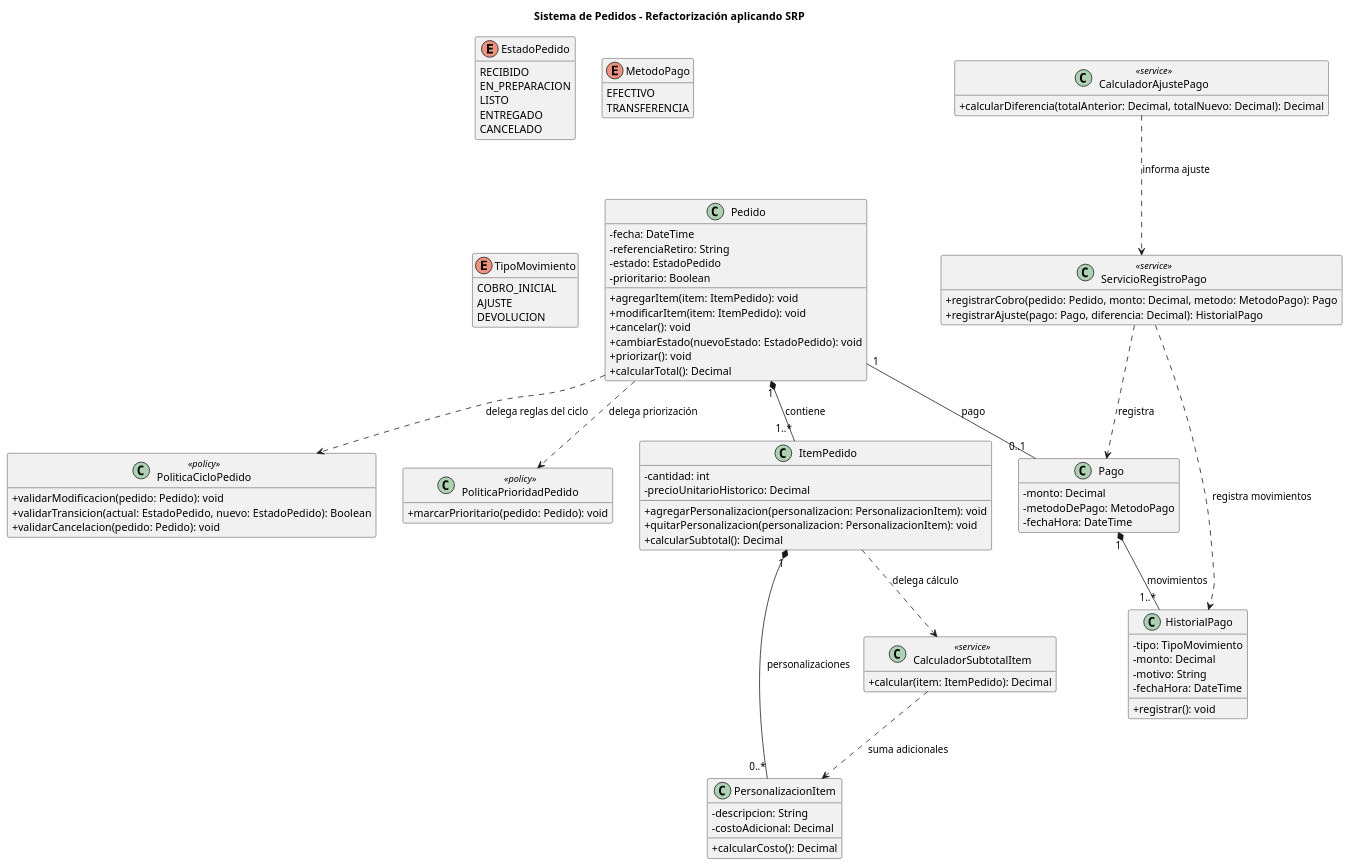
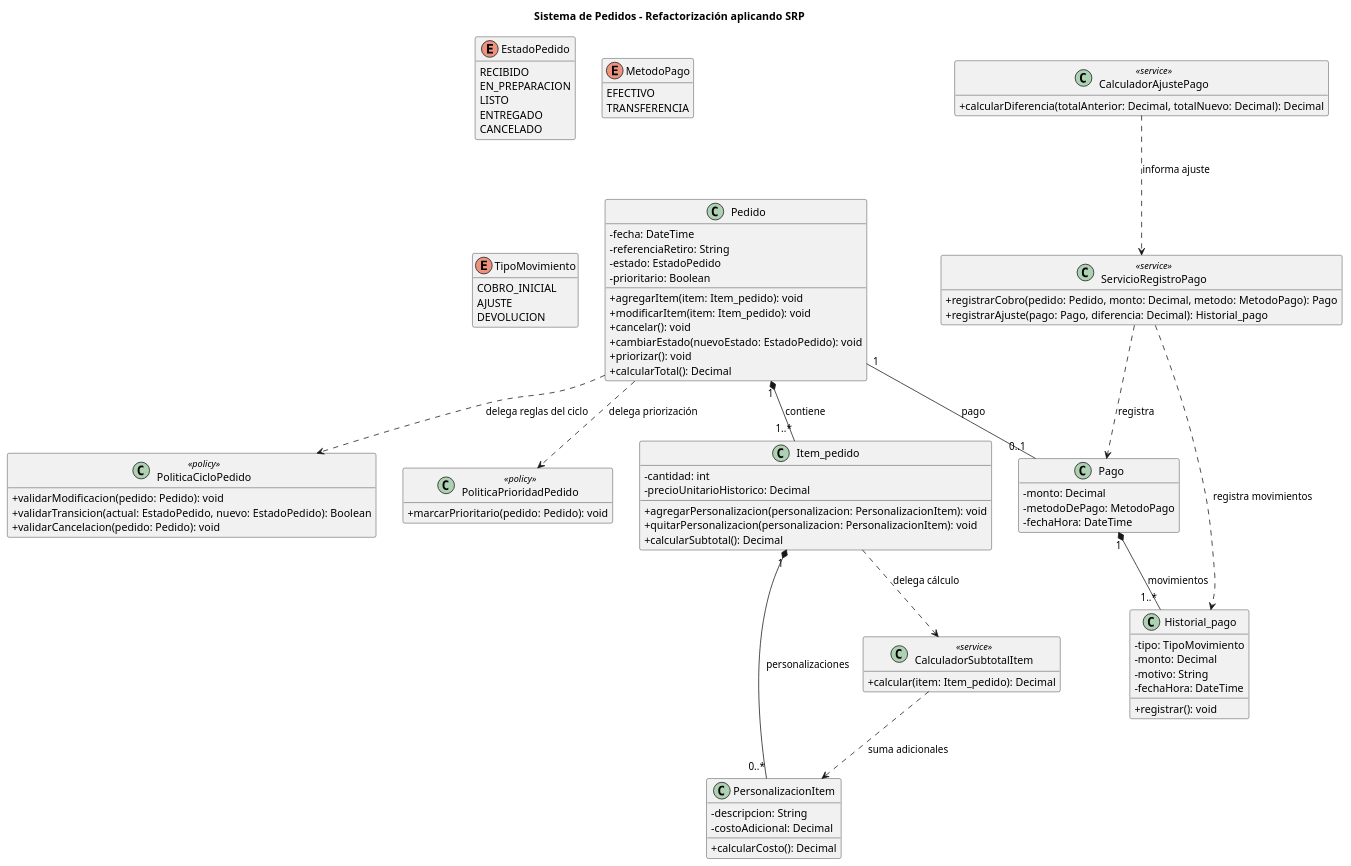
Before and after one commit to eloeyhe/SistemaPedidos: the diagram in diagramas/01-diagrama-clases/01-solid-01-srp.puml, drawn with PlantUML. The commit also changed 1 other file, not shown here.

Commit message:
fix: corrijo diagrama SRP y actualizo PNG

```diff
--- a/diagramas/01-diagrama-clases/01-solid-01-srp.puml
+++ b/diagramas/01-diagrama-clases/01-solid-01-srp.puml
@@ -1,106 +1,106 @@
 @startuml
 title Sistema de Pedidos - Refactorización aplicando SRP
 
 skinparam classAttributeIconSize 0
 hide empty members
 
 class Pedido {
   - fecha: DateTime
   - referenciaRetiro: String
   - estado: EstadoPedido
   - prioritario: Boolean
-  + agregarItem(item: ItemPedido): void
-  + modificarItem(item: ItemPedido): void
+  + agregarItem(item: Item_pedido): void
+  + modificarItem(item: Item_pedido): void
   + cancelar(): void
   + cambiarEstado(nuevoEstado: EstadoPedido): void
   + priorizar(): void
   + calcularTotal(): Decimal
 }
 
-class ItemPedido {
+class Item_pedido {
   - cantidad: int
   - precioUnitarioHistorico: Decimal
   + agregarPersonalizacion(personalizacion: PersonalizacionItem): void
   + quitarPersonalizacion(personalizacion: PersonalizacionItem): void
   + calcularSubtotal(): Decimal
 }
 
 class PersonalizacionItem {
   - descripcion: String
   - costoAdicional: Decimal
   + calcularCosto(): Decimal
 }
 
 class Pago {
   - monto: Decimal
   - metodoDePago: MetodoPago
   - fechaHora: DateTime
 }
 
-class HistorialPago {
+class Historial_pago {
   - tipo: TipoMovimiento
   - monto: Decimal
   - motivo: String
   - fechaHora: DateTime
   + registrar(): void
 }
 
 class PoliticaCicloPedido <<policy>> {
   + validarModificacion(pedido: Pedido): void
   + validarTransicion(actual: EstadoPedido, nuevo: EstadoPedido): Boolean
   + validarCancelacion(pedido: Pedido): void
 }
 
 class PoliticaPrioridadPedido <<policy>> {
   + marcarPrioritario(pedido: Pedido): void
 }
 
 class ServicioRegistroPago <<service>> {
   + registrarCobro(pedido: Pedido, monto: Decimal, metodo: MetodoPago): Pago
-  + registrarAjuste(pago: Pago, diferencia: Decimal): HistorialPago
+  + registrarAjuste(pago: Pago, diferencia: Decimal): Historial_pago
 }
 
 class CalculadorAjustePago <<service>> {
   + calcularDiferencia(totalAnterior: Decimal, totalNuevo: Decimal): Decimal
 }
 
 class CalculadorSubtotalItem <<service>> {
-  + calcular(item: ItemPedido): Decimal
+  + calcular(item: Item_pedido): Decimal
 }
 
 enum EstadoPedido {
   RECIBIDO
   EN_PREPARACION
   LISTO
   ENTREGADO
   CANCELADO
 }
 
 enum MetodoPago {
   EFECTIVO
   TRANSFERENCIA
 }
 
 enum TipoMovimiento {
   COBRO_INICIAL
   AJUSTE
   DEVOLUCION
 }
 
-Pedido "1" *-- "1..*" ItemPedido : contiene
-ItemPedido "1" *-- "0..*" PersonalizacionItem : personalizaciones
+Pedido "1" *-- "1..*" Item_pedido : contiene
+Item_pedido "1" *-- "0..*" PersonalizacionItem : personalizaciones
 Pedido "1" -- "0..1" Pago : pago
-Pago "1" *-- "1..*" HistorialPago : movimientos
+Pago "1" *-- "1..*" Historial_pago : movimientos
 
 Pedido ..> PoliticaCicloPedido : delega reglas del ciclo
 Pedido ..> PoliticaPrioridadPedido : delega priorización
-ItemPedido ..> CalculadorSubtotalItem : delega cálculo
+Item_pedido ..> CalculadorSubtotalItem : delega cálculo
 CalculadorSubtotalItem ..> PersonalizacionItem : suma adicionales
 ServicioRegistroPago ..> Pago : registra
-ServicioRegistroPago ..> HistorialPago : registra movimientos
+ServicioRegistroPago ..> Historial_pago : registra movimientos
 CalculadorAjustePago ..> ServicioRegistroPago : informa ajuste
 
 
 
 
 @enduml
```
